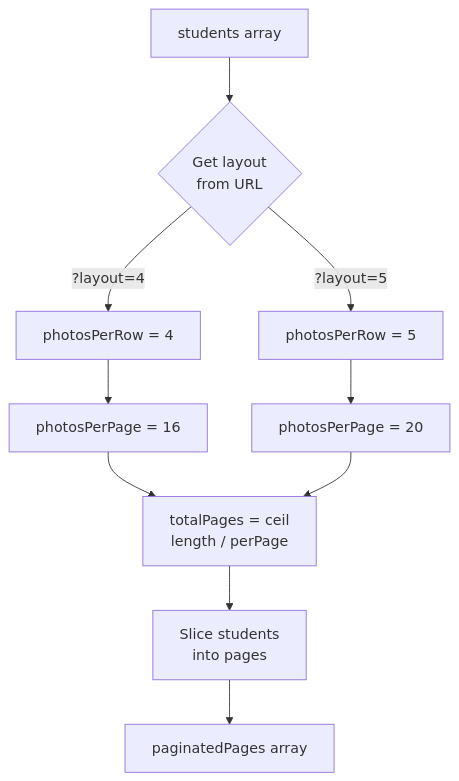
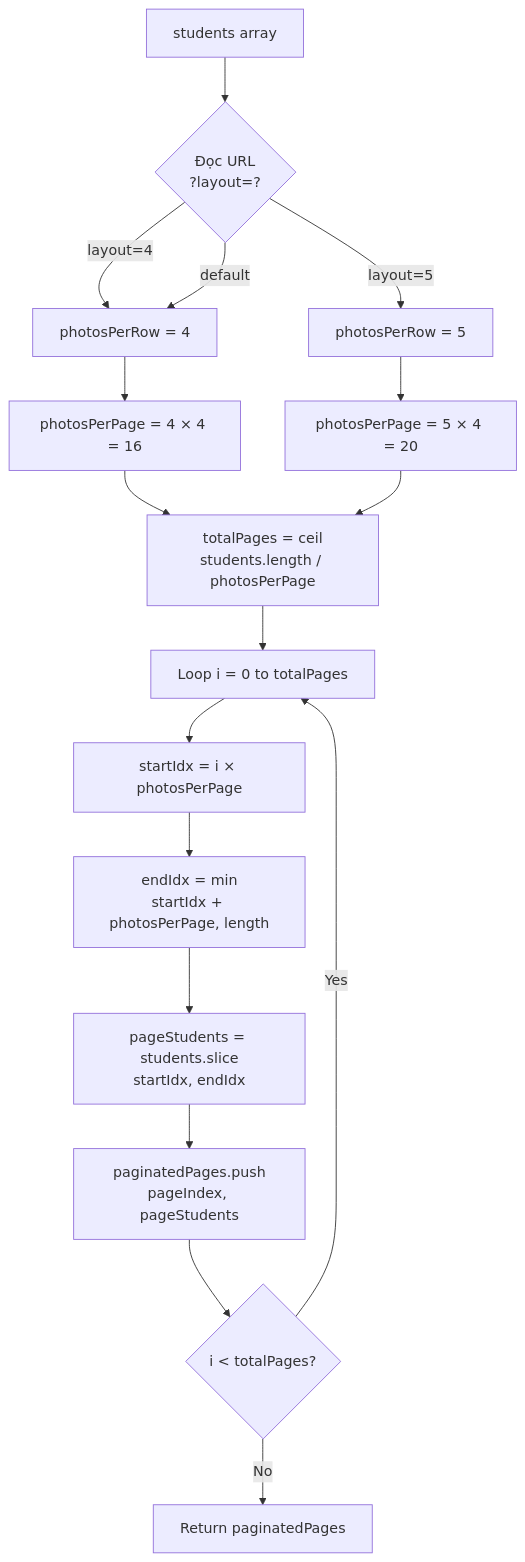
The third of 5 diagrams in README.md (HuyenTranggg/ClassPortrait-frontend), drawn with Mermaid before and after one commit. The commit also changed other lines of this file and 27 other files, not shown here.

Commit message:
get students from imported file

````diff
--- a/README.md
+++ b/README.md
@@ -165,15 +268,22 @@
 ```mermaid
 flowchart TD
-    A[students array] --> B{Get layout<br/>from URL}
-    B -->|?layout=4| C[photosPerRow = 4]
-    B -->|?layout=5| D[photosPerRow = 5]
+    A[students array] --> B{Đọc URL<br/>?layout=?}
+    B -->|layout=4| C[photosPerRow = 4]
+    B -->|layout=5| D[photosPerRow = 5]
+    B -->|default| C
     
-    C --> E[photosPerPage = 16]
-    D --> F[photosPerPage = 20]
+    C --> E[photosPerPage = 4 × 4 = 16]
+    D --> F[photosPerPage = 5 × 4 = 20]
     
-    E --> G[totalPages = ceil<br/>length / perPage]
+    E --> G[totalPages = ceil<br/>students.length / photosPerPage]
     F --> G
     
-    G --> H[Slice students<br/>into pages]
-    H --> I[paginatedPages array]
+    G --> H[Loop i = 0 to totalPages]
+    H --> I[startIdx = i × photosPerPage]
+    I --> J[endIdx = min<br/>startIdx + photosPerPage, length]
+    J --> K[pageStudents = students.slice<br/>startIdx, endIdx]
+    K --> L[paginatedPages.push<br/>pageIndex, pageStudents]
+    L --> M{i < totalPages?}
+    M -->|Yes| H
+    M -->|No| N[Return paginatedPages]
 ```
````
